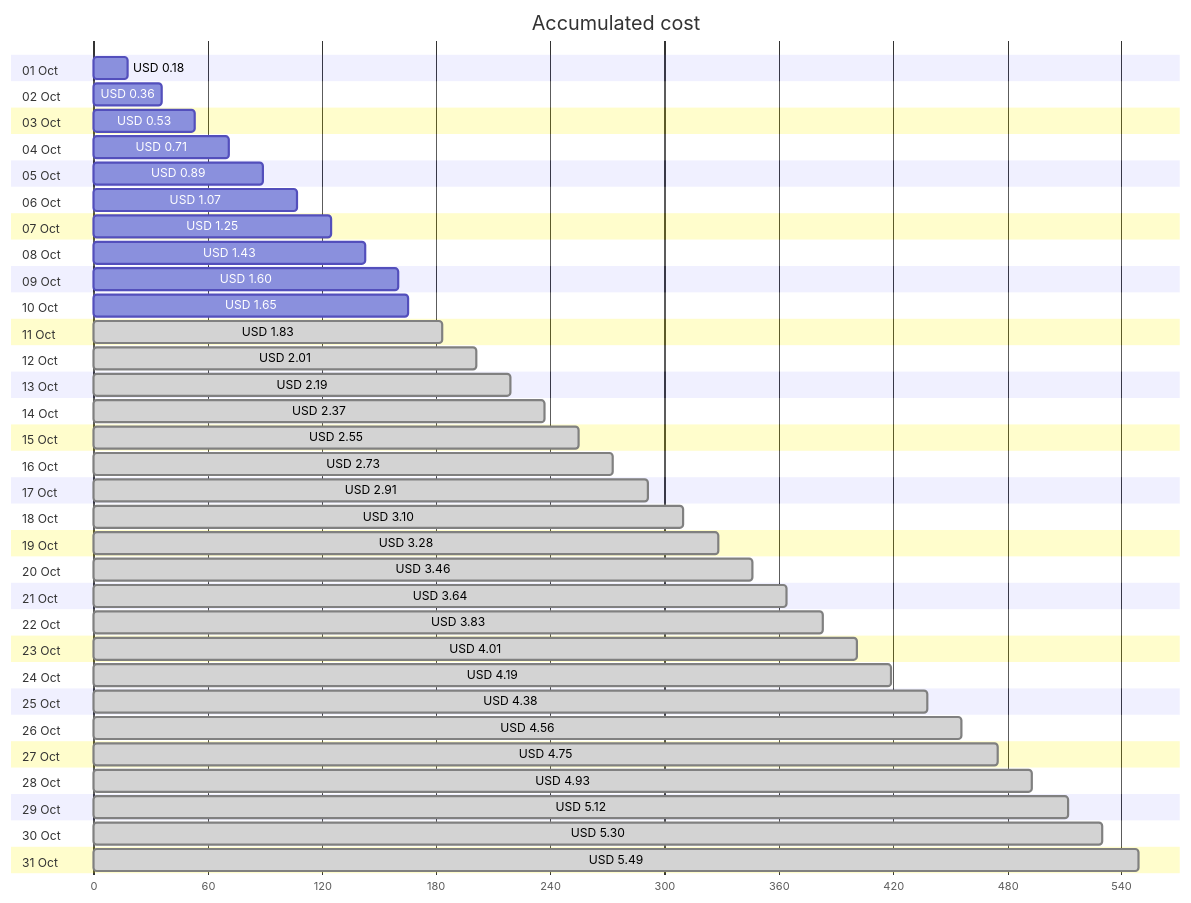
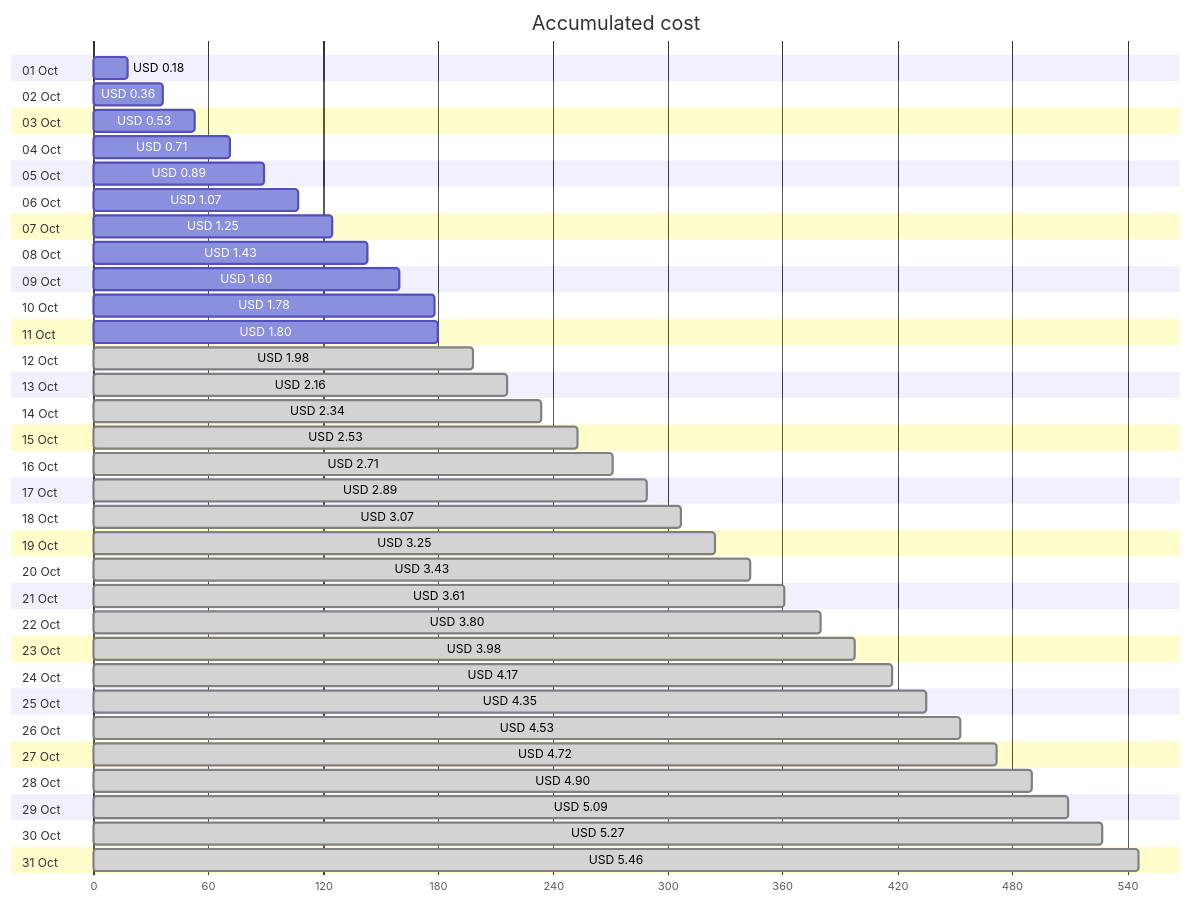
The first of 4 diagrams in cost-reports/personal-network/backup-server.md (jpfulton/azure-personal-reports), drawn with Mermaid before and after one commit. The commit also changed other lines of this file and 8 other files, not shown here.

````diff
--- a/cost-reports/personal-network/backup-server.md
+++ b/cost-reports/personal-network/backup-server.md
@@ -20,68 +20,68 @@
 ```mermaid
 gantt
    title Accumulated cost
    dateFormat  X
    axisFormat %s
    section 01 Oct
    USD 0.18 :0, 18
    section 02 Oct
    USD 0.36 :0, 36
    section 03 Oct
    USD 0.53 :0, 53
    section 04 Oct
    USD 0.71 :0, 71
    section 05 Oct
    USD 0.89 :0, 89
    section 06 Oct
    USD 1.07 :0, 107
    section 07 Oct
    USD 1.25 :0, 125
    section 08 Oct
    USD 1.43 :0, 143
    section 09 Oct
    USD 1.60 :0, 160
    section 10 Oct
-   USD 1.65 :0, 165
+   USD 1.78 :0, 178
    section 11 Oct
-   USD 1.83 : done, 0, 183
+   USD 1.80 :0, 180
    section 12 Oct
-   USD 2.01 : done, 0, 201
+   USD 1.98 : done, 0, 198
    section 13 Oct
-   USD 2.19 : done, 0, 219
+   USD 2.16 : done, 0, 216
    section 14 Oct
-   USD 2.37 : done, 0, 237
+   USD 2.34 : done, 0, 234
    section 15 Oct
-   USD 2.55 : done, 0, 255
+   USD 2.53 : done, 0, 253
    section 16 Oct
-   USD 2.73 : done, 0, 273
+   USD 2.71 : done, 0, 271
    section 17 Oct
-   USD 2.91 : done, 0, 291
+   USD 2.89 : done, 0, 289
    section 18 Oct
-   USD 3.10 : done, 0, 310
+   USD 3.07 : done, 0, 307
    section 19 Oct
-   USD 3.28 : done, 0, 328
+   USD 3.25 : done, 0, 325
    section 20 Oct
-   USD 3.46 : done, 0, 346
+   USD 3.43 : done, 0, 343
    section 21 Oct
-   USD 3.64 : done, 0, 364
+   USD 3.61 : done, 0, 361
    section 22 Oct
-   USD 3.83 : done, 0, 383
+   USD 3.80 : done, 0, 380
    section 23 Oct
-   USD 4.01 : done, 0, 401
+   USD 3.98 : done, 0, 398
    section 24 Oct
-   USD 4.19 : done, 0, 419
+   USD 4.17 : done, 0, 417
    section 25 Oct
-   USD 4.38 : done, 0, 438
+   USD 4.35 : done, 0, 435
    section 26 Oct
-   USD 4.56 : done, 0, 456
+   USD 4.53 : done, 0, 453
    section 27 Oct
-   USD 4.75 : done, 0, 475
+   USD 4.72 : done, 0, 472
    section 28 Oct
-   USD 4.93 : done, 0, 493
+   USD 4.90 : done, 0, 490
    section 29 Oct
-   USD 5.12 : done, 0, 512
+   USD 5.09 : done, 0, 509
    section 30 Oct
-   USD 5.30 : done, 0, 530
+   USD 5.27 : done, 0, 527
    section 31 Oct
-   USD 5.49 : done, 0, 549
+   USD 5.46 : done, 0, 546
 ```
````
